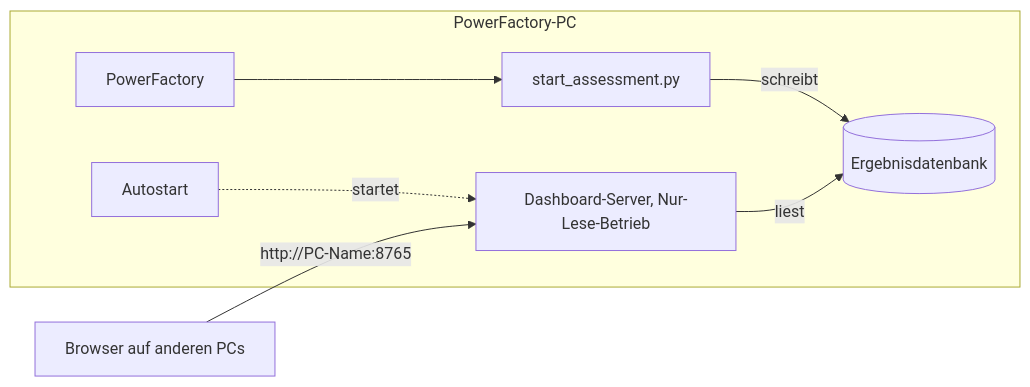
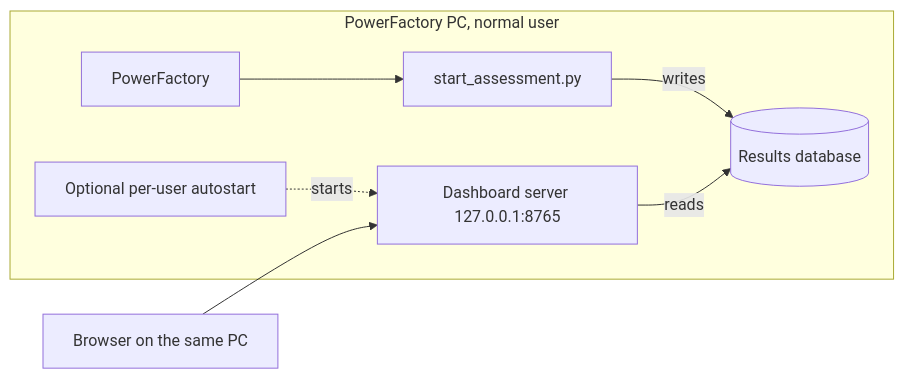
Before and after one commit to hadiibrahim-Engin/nahriva-grid-analysis: the diagram in docs/DEPLOYMENT.md, drawn with Mermaid. The commit also changed other lines of this file and 186 other files, not shown here.

````diff
--- a/docs/DEPLOYMENT.md
+++ b/docs/DEPLOYMENT.md
@@ -8,10 +9,10 @@
 ```mermaid
 flowchart LR
-    subgraph PC[PowerFactory-PC]
+    subgraph PC[PowerFactory PC, normal user]
         PF[PowerFactory] --> Script[start_assessment.py]
-        Script -->|schreibt| DB[(Ergebnisdatenbank)]
-        Server[Dashboard-Server, Nur-Lese-Betrieb] -->|liest| DB
-        Auto[Autostart] -.startet.-> Server
+        Script -->|writes| DB[(Results database)]
+        Server[Dashboard server 127.0.0.1:8765] -->|reads| DB
+        Auto[Optional per-user autostart] -.starts.-> Server
     end
-    Browser[Browser auf anderen PCs] -->|http://PC-Name:8765| Server
+    Browser[Browser on the same PC] --> Server
 ```
````
